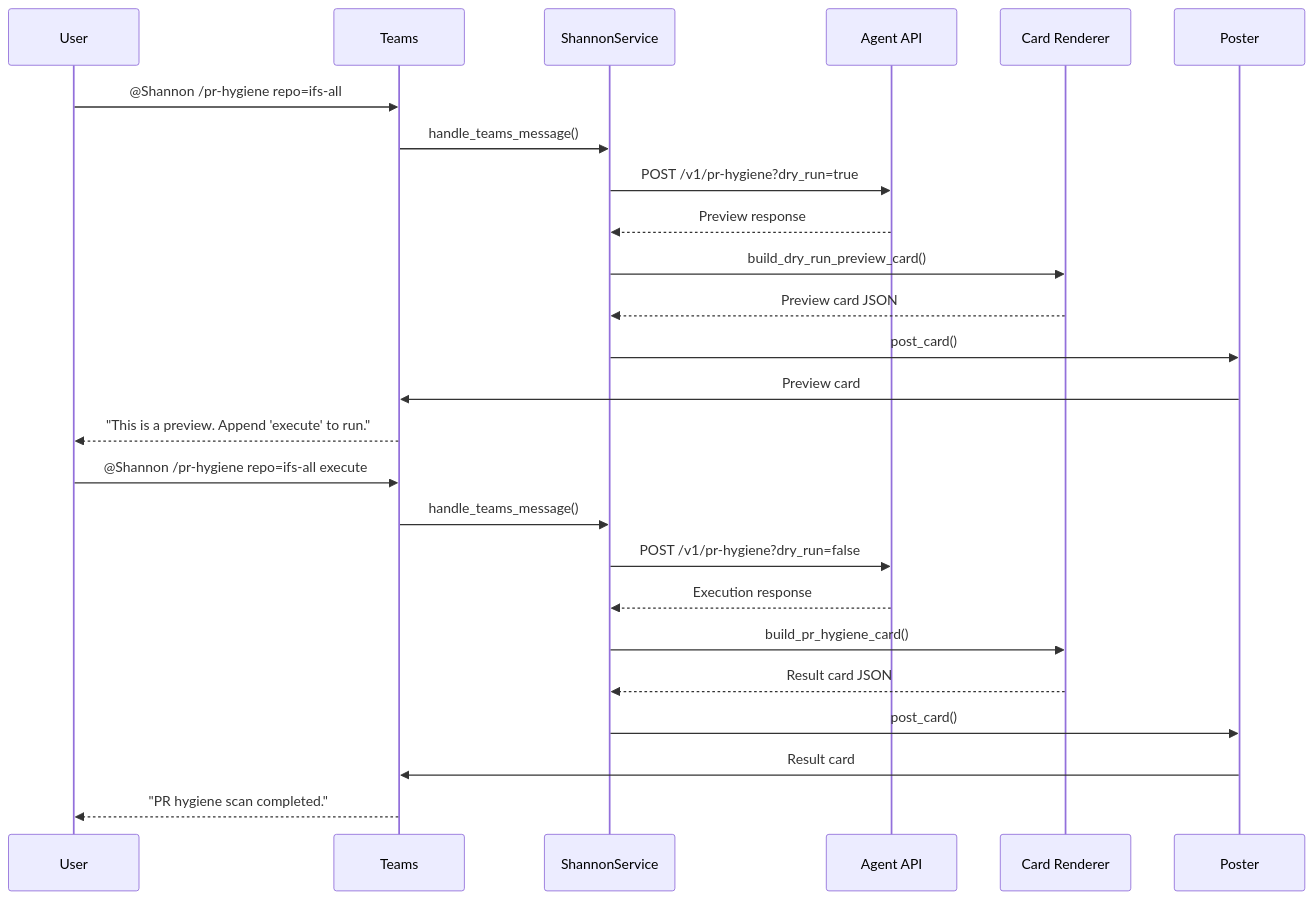
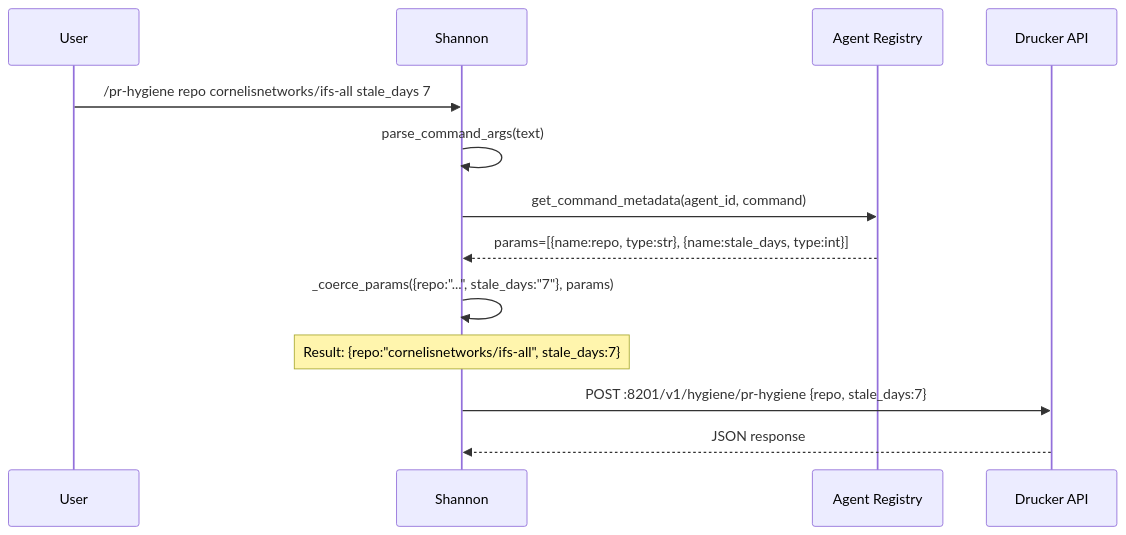
Before and after one commit to jmac-cornelis/agent-workforce: the fourth of 4 diagrams in agents/shannon/docs/as-built.md, drawn with Mermaid. The commit also changed other lines of this file and 7 other files, not shown here.

````diff
--- a/agents/shannon/docs/as-built.md
+++ b/agents/shannon/docs/as-built.md
@@ -131,29 +129,16 @@
 ```mermaid
 sequenceDiagram
     participant U as User
-    participant T as Teams
-    participant SVC as ShannonService
-    participant API as Agent API
-    participant CARD as Card Renderer
-    participant POST as Poster
+    participant SH as Shannon
+    participant REG as Agent Registry
+    participant DR as Drucker API
 
-    U->>T: @Shannon /pr-hygiene repo=ifs-all
-    T->>SVC: handle_teams_message()
-    SVC->>API: POST /v1/pr-hygiene?dry_run=true
-    API-->>SVC: Preview response
-    SVC->>CARD: build_dry_run_preview_card()
-    CARD-->>SVC: Preview card JSON
-    SVC->>POST: post_card()
-    POST->>T: Preview card
-    T-->>U: "This is a preview. Append 'execute' to run."
-    
-    U->>T: @Shannon /pr-hygiene repo=ifs-all execute
-    T->>SVC: handle_teams_message()
-    SVC->>API: POST /v1/pr-hygiene?dry_run=false
-    API-->>SVC: Execution response
-    SVC->>CARD: build_pr_hygiene_card()
-    CARD-->>SVC: Result card JSON
-    SVC->>POST: post_card()
-    POST->>T: Result card
-    T-->>U: "PR hygiene scan completed."
+    U->>SH: /pr-hygiene repo cornelisnetworks/ifs-all stale_days 7
+    SH->>SH: parse_command_args(text)
+    SH->>REG: get_command_metadata(agent_id, command)
+    REG-->>SH: params=[{name:repo, type:str}, {name:stale_days, type:int}]
+    SH->>SH: _coerce_params({repo:"...", stale_days:"7"}, params)
+    Note over SH: Result: {repo:"cornelisnetworks/ifs-all", stale_days:7}
+    SH->>DR: POST :8201/v1/hygiene/pr-hygiene {repo, stale_days:7}
+    DR-->>SH: JSON response
 ```
````
